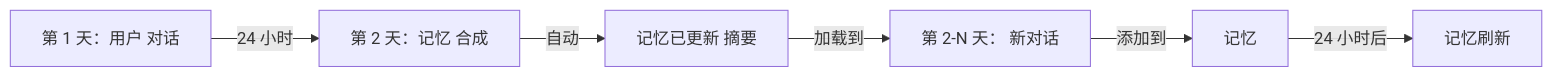
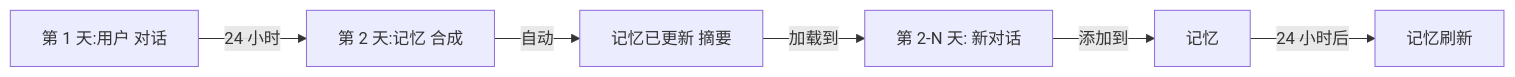
Diagram 11 of 31 in claude_concepts_guide.md (Rx782-Fss/claude-howto-zh), drawn with Mermaid before and after one commit. The commit also changed other lines of this file and 6 other files, not shown here.

Commit message:
fix: 清除 Mermaid 内所有全角标点/emoji/<br/> (最终修复)

````diff
--- a/claude_concepts_guide.md
+++ b/claude_concepts_guide.md
@@ -884,8 +884,8 @@
 ```mermaid
 graph LR
-    A["第 1 天：用户 对话"] -->|24 小时| B["第 2 天：记忆 合成"]
+    A["第 1 天:用户 对话"] -->|24 小时| B["第 2 天:记忆 合成"]
     B -->|自动| C["记忆已更新 摘要"]
-    C -->|加载到| D["第 2-N 天： 新对话"]
+    C -->|加载到| D["第 2-N 天: 新对话"]
     D -->|添加到| E["记忆"]
     E -->|24 小时后| F["记忆刷新"]
 ```
````
